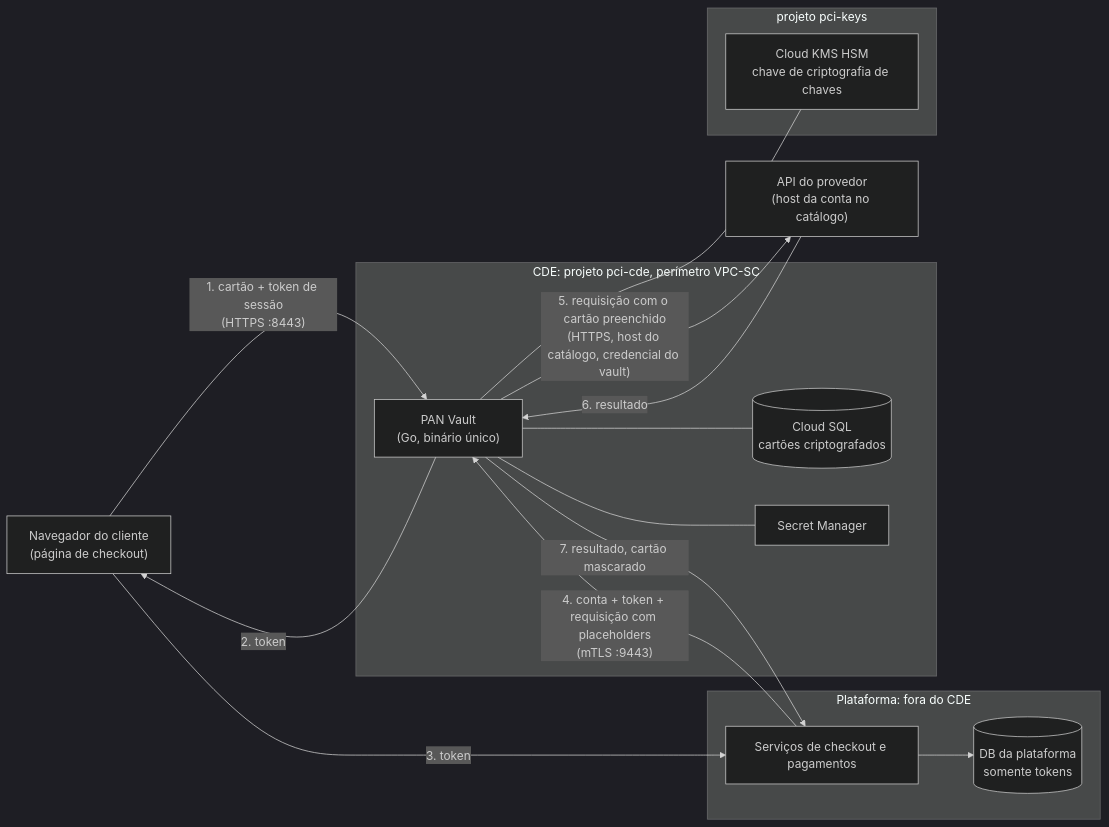
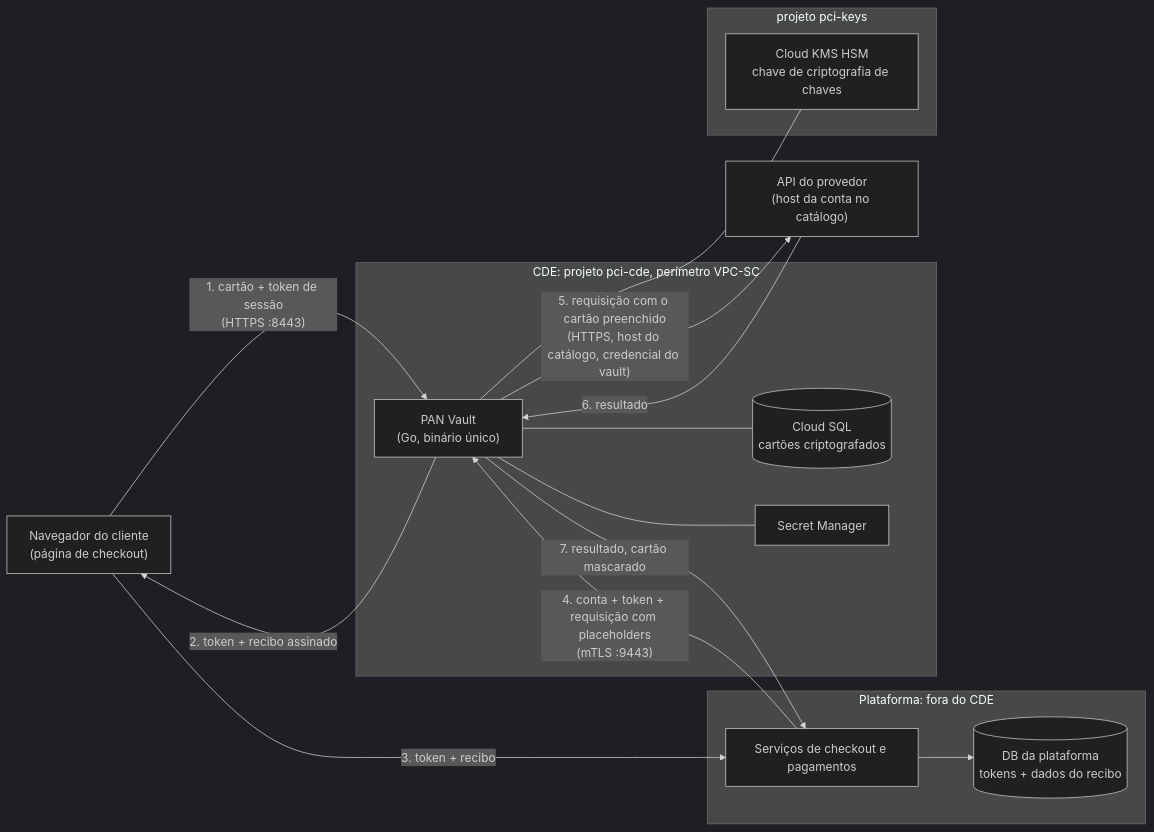
One commit to camcima/tokenizer changed the fourth of 11 diagrams in README.pt-BR.md. Above: the diagram before and after it, drawn with Mermaid (dark theme). The commit also changed other lines of this file and 12 other files, not shown here.

````diff
--- a/README.pt-BR.md
+++ b/README.pt-BR.md
@@ -219,29 +219,29 @@
 ```mermaid
 flowchart LR
     Browser["Navegador do cliente<br/>(página de checkout)"]
     subgraph Platform["Plataforma: fora do CDE"]
         API[Serviços de checkout e pagamentos]
-        PDB[(DB da plataforma<br/>somente tokens)]
+        PDB[("DB da plataforma<br/>tokens + dados do recibo")]
     end
     subgraph CDE["CDE: projeto pci-cde, perímetro VPC-SC"]
         Vault["PAN Vault<br/>(Go, binário único)"]
         SQL[("Cloud SQL<br/>cartões criptografados")]
         SM[Secret Manager]
     end
     subgraph Keys["projeto pci-keys"]
         KMS[Cloud KMS HSM<br/>chave de criptografia de chaves]
     end
     Stripe["API do provedor<br/>(host da conta no catálogo)"]
 
     Browser -- "1. cartão + token de sessão<br/>(HTTPS :8443)" --> Vault
-    Vault -- "2. token" --> Browser
-    Browser -- "3. token" --> API
+    Vault -- "2. token + recibo assinado" --> Browser
+    Browser -- "3. token + recibo" --> API
     API --> PDB
     API -- "4. conta + token + requisição com placeholders<br/>(mTLS :9443)" --> Vault
     Vault -- "5. requisição com o cartão preenchido<br/>(HTTPS, host do catálogo, credencial do vault)" --> Stripe
     Stripe -- "6. resultado" --> Vault
     Vault -- "7. resultado, cartão mascarado" --> API
     Vault --- SQL
     Vault --- SM
     Vault --- KMS
 ```
````
